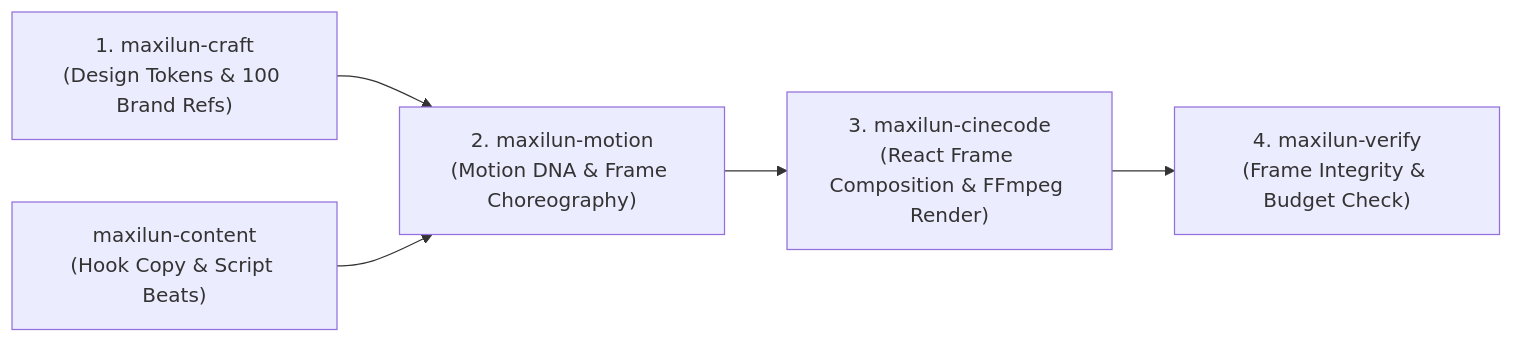
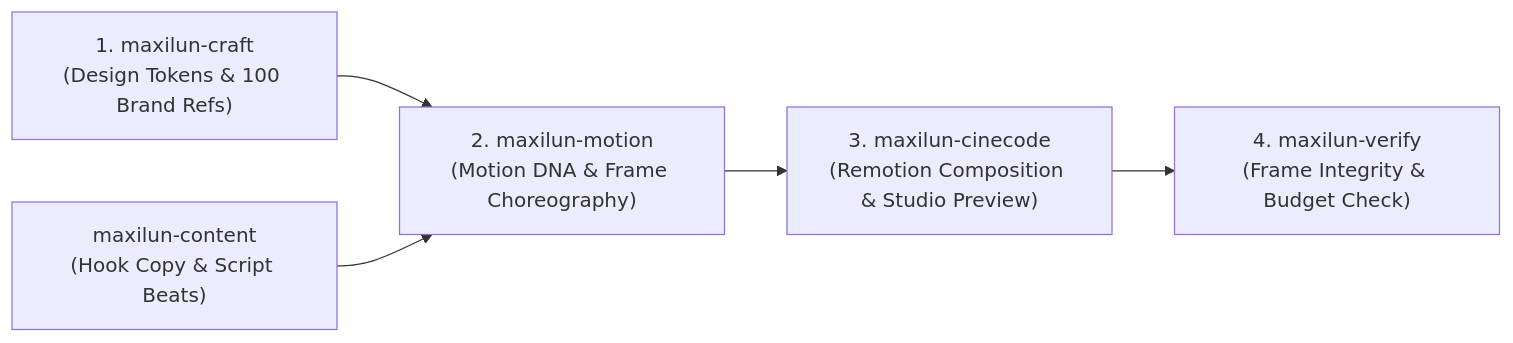
One commit to giriedu/maxilun changed the second of 2 diagrams in skills/maxilun-motion/SKILL.md. Above: the diagram before and after it, drawn with Mermaid. The commit also changed other lines of this file and 38 other files, not shown here.

````diff
--- a/skills/maxilun-motion/SKILL.md
+++ b/skills/maxilun-motion/SKILL.md
@@ -109,7 +138,7 @@
 ```mermaid
 flowchart LR
     Craft["1. maxilun-craft\n(Design Tokens & 100 Brand Refs)"] --> Motion["2. maxilun-motion\n(Motion DNA & Frame Choreography)"]
     Content["maxilun-content\n(Hook Copy & Script Beats)"] --> Motion
-    Motion --> Cine["3. maxilun-cinecode\n(React Frame Composition & FFmpeg Render)"]
+    Motion --> Cine["3. maxilun-cinecode\n(Remotion Composition & Studio Preview)"]
     Cine --> Verify["4. maxilun-verify\n(Frame Integrity & Budget Check)"]
 ```
````
